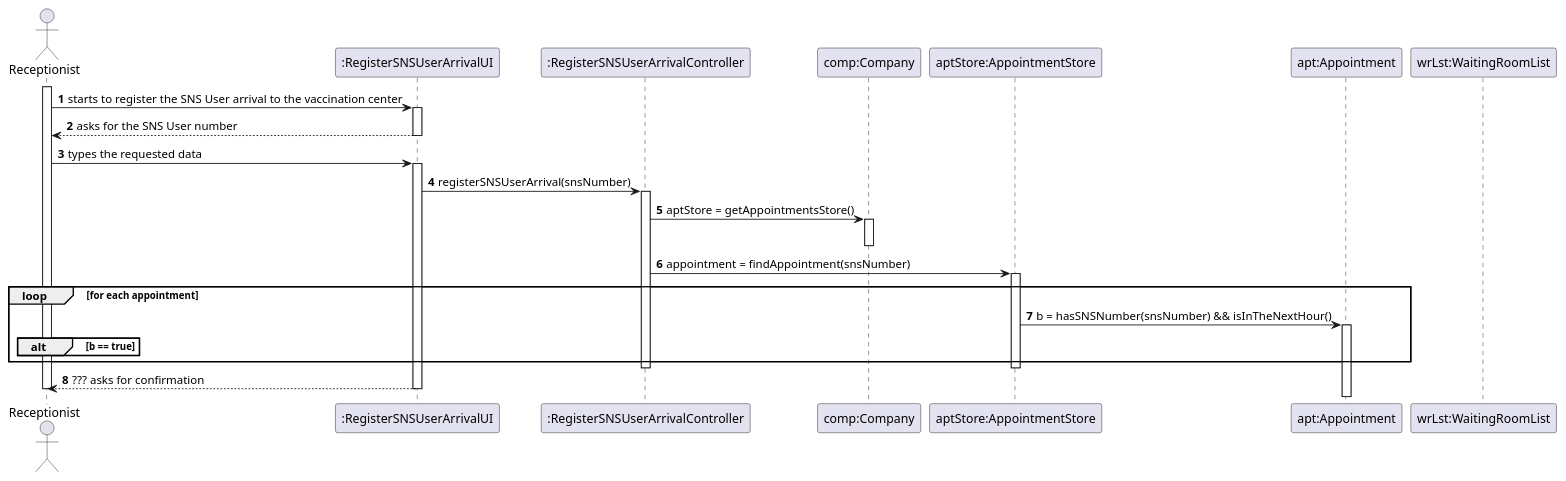
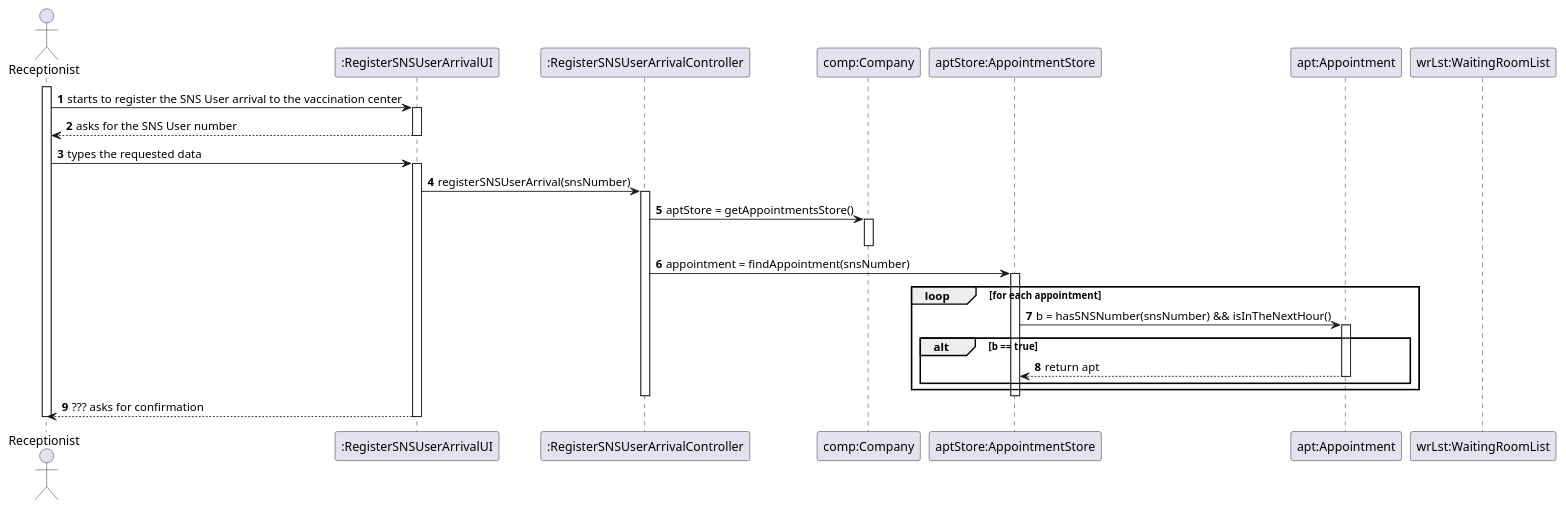
The diagram in docs/SprintC/US04/SD/US04_SD.puml (miseEnPlace-i/lapr2), drawn with PlantUML before and after one commit. The commit also changed 1 other file, not shown here.

```diff
--- a/docs/SprintC/US04/SD/US04_SD.puml
+++ b/docs/SprintC/US04/SD/US04_SD.puml
@@ -1,50 +1,51 @@
 @startuml
 autonumber
 
 actor "Receptionist" as RECEPT
 
 participant ":RegisterSNSUserArrivalUI" as UI
 participant ":RegisterSNSUserArrivalController" as CTRL
 participant "comp:Company" as COMP
 participant "aptStore:AppointmentStore" as APTSTORE
 participant "apt:Appointment" as APT
 participant "wrLst:WaitingRoomList" as WRLST
 
 activate RECEPT
   RECEPT -> UI : starts to register the SNS User arrival to the vaccination center
   activate UI
 
   RECEPT <-- UI : asks for the SNS User number
   deactivate UI
 
   RECEPT -> UI : types the requested data
   activate UI
 
     UI -> CTRL : registerSNSUserArrival(snsNumber)
     activate CTRL
 
       CTRL -> COMP : aptStore = getAppointmentsStore()
       activate COMP
       deactivate COMP
 
       CTRL -> APTSTORE : appointment = findAppointment(snsNumber)
       activate APTSTORE
 
         loop for each appointment
           APTSTORE -> APT : b = hasSNSNumber(snsNumber) && isInTheNextHour()
           activate APT
           alt b == true
-            
+            APTSTORE <-- APT : return apt
+            deactivate APT
           end
         end
 
       deactivate APTSTORE
 
     deactivate CTRL
   
   RECEPT <-- UI : ??? asks for confirmation
   deactivate UI
 
 deactivate RECEPT
 
 @enduml
```
